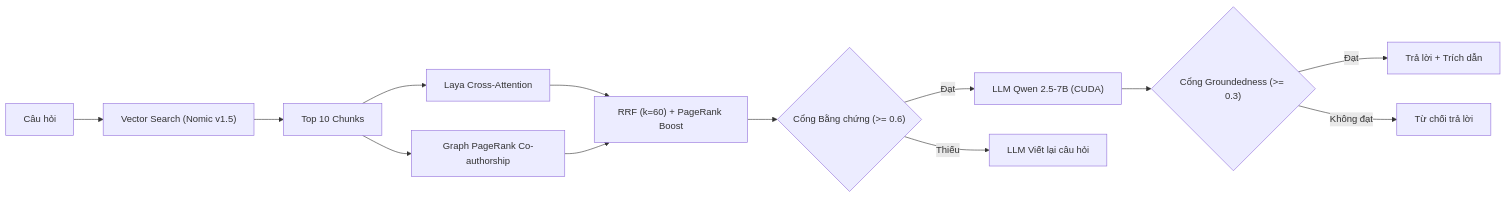
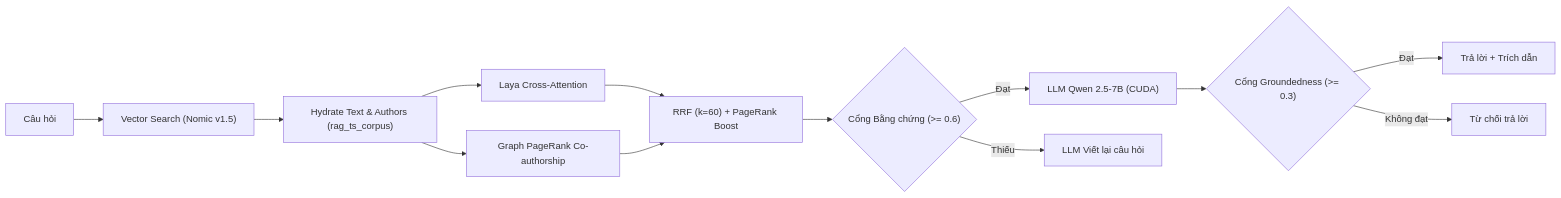
The first of 3 diagrams in docs/research/laya-jev.md (QuangManhAI/RAG_TS), drawn with Mermaid before and after one commit. The commit also changed other lines of this file, not shown here.

````diff
--- a/docs/research/laya-jev.md
+++ b/docs/research/laya-jev.md
@@ -17,15 +17,15 @@
 ```mermaid
 flowchart LR
     Q["Câu hỏi"] --> V["Vector Search (Nomic v1.5)"]
-    V --> CAND["Top 10 Chunks"]
-    CAND --> LAYA["Laya Cross-Attention"]
-    CAND --> PR["Graph PageRank Co-authorship"]
+    V --> HYD["Hydrate Text & Authors (rag_ts_corpus)"]
+    HYD --> LAYA["Laya Cross-Attention"]
+    HYD --> PR["Graph PageRank Co-authorship"]
     LAYA --> FUSE["RRF (k=60) + PageRank Boost"]
     PR --> FUSE
     FUSE --> GATE{"Cổng Bằng chứng (>= 0.6)"}
     GATE -- Đạt --> LLM["LLM Qwen 2.5-7B (CUDA)"]
     GATE -- Thiếu --> REWRITE["LLM Viết lại câu hỏi"]
     LLM --> GROUND{"Cổng Groundedness (>= 0.3)"}
     GROUND -- Đạt --> OUT["Trả lời + Trích dẫn"]
     GROUND -- Không đạt --> REJECT["Từ chối trả lời"]
 ```
````
